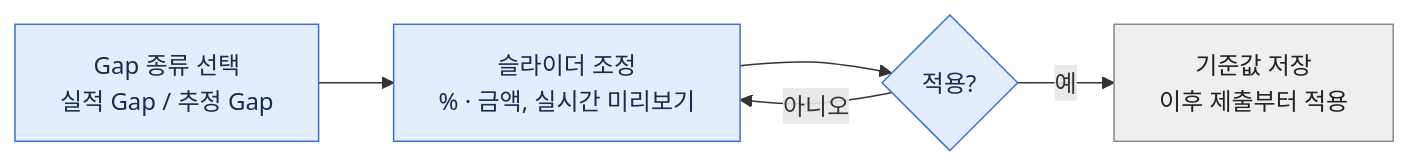
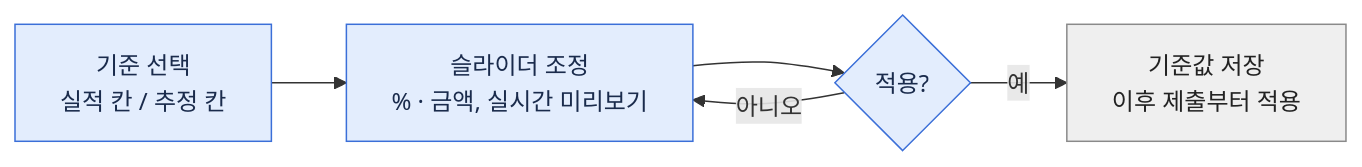
Before and after one commit to shinharyeong/skala_final_project: the fifth of 8 diagrams in docs/flow.md, drawn with Mermaid. The commit also changed other lines of this file and 1 other file, not shown here.

First line of the commit message:
docs(docs): 변경 사유를 Gap 소명으로 통합

````diff
--- a/docs/flow.md
+++ b/docs/flow.md
@@ -152,18 +145,18 @@
 ```mermaid
 flowchart LR
-    T1["Gap 종류 선택<br/>실적 Gap / 추정 Gap"]
+    T1["기준 선택<br/>실적 칸 / 추정 칸"]
     T2["슬라이더 조정<br/>% · 금액, 실시간 미리보기"]
     T3{"적용?"}
     T4["기준값 저장<br/>이후 제출부터 적용"]
 
     T1 --> T2 --> T3
     T3 -->|아니오| T2
     T3 -->|예| T4
 
     classDef planner fill:#E3EDFD,stroke:#3B6FD8,color:#1A2B4C
     classDef org fill:#FFF3D1,stroke:#C99400,color:#3D2E00
     classDef system fill:#EFEFEF,stroke:#8A8A8A,color:#222
     classDef terminal fill:#D7F4DD,stroke:#3E9E55,color:#173D20
     class T1,T2,T3 planner
     class T4 system
 ```
````
